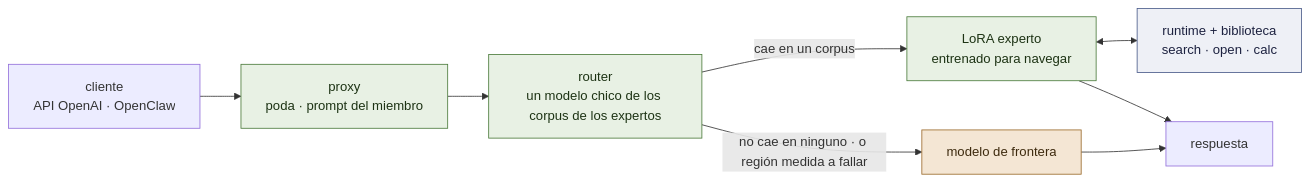
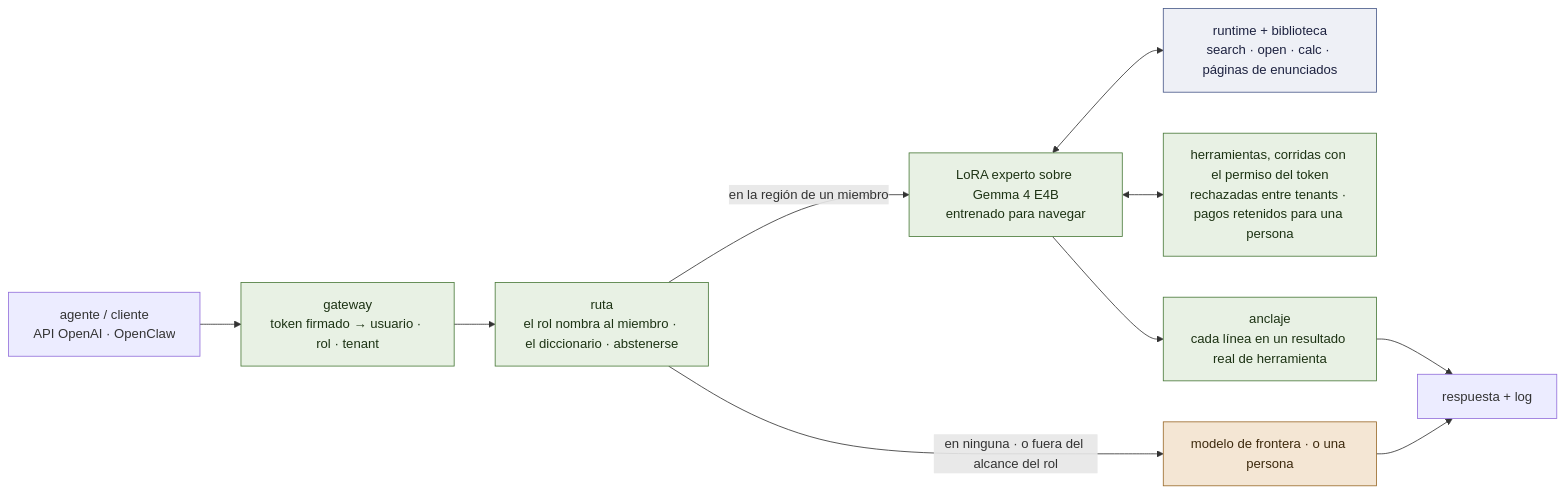
One commit to EvolvingAgentsLabs/lora-kernel changed the diagram in README.es.md. Above: the diagram before and after it, drawn with Mermaid. The commit also changed other lines of this file and 169 other files, not shown here.

````diff
--- a/README.es.md
+++ b/README.es.md
@@ -111,16 +125,18 @@
 ```mermaid
 flowchart LR
-    C["cliente<br>API OpenAI · OpenClaw"] --> P["proxy<br>poda · prompt del miembro"]
-    P --> R["router<br>un modelo chico de los corpus de los expertos"]
-    R -- "cae en un corpus" --> E["LoRA experto<br>entrenado para navegar"]
-    E <--> M["runtime + biblioteca<br>search · open · calc"]
-    R -- "no cae en ninguno · o región medida a fallar" --> F["modelo de frontera"]
-    E --> A["respuesta"]
+    C["agente / cliente<br>API OpenAI · OpenClaw"] --> G["gateway<br>token firmado → usuario · rol · tenant"]
+    G --> R["ruta<br>el rol nombra al miembro · el diccionario · abstenerse"]
+    R -- "en la región de un miembro" --> E["LoRA experto sobre Gemma 4 E4B<br>entrenado para navegar"]
+    E <--> M["runtime + biblioteca<br>search · open · calc · páginas de enunciados"]
+    E <--> T["herramientas, corridas con el permiso del token<br>rechazadas entre tenants · pagos retenidos para una persona"]
+    E --> V["anclaje<br>cada línea en un resultado real de herramienta"]
+    R -- "en ninguna · o fuera del alcance del rol" --> F["modelo de frontera · o una persona"]
+    V --> A["respuesta + log"]
     F --> A
     classDef local fill:#e8f1e4,stroke:#4a7a3a,color:#1d3314
     classDef art fill:#eef0f6,stroke:#4a5a8a,color:#1d2240
     classDef out fill:#f4e6d4,stroke:#9a6a2a,color:#3d2a0e
-    class P,R,E local
+    class G,R,E,T,V local
     class M art
     class F out
 ```
````
